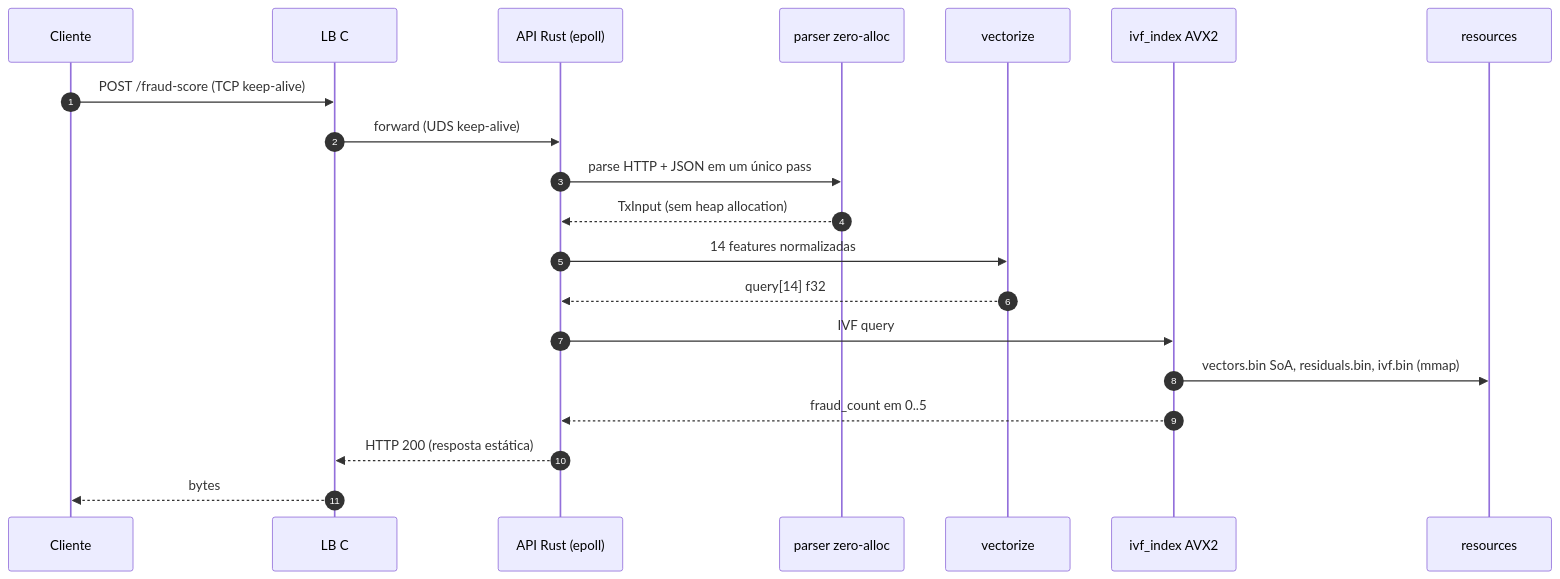
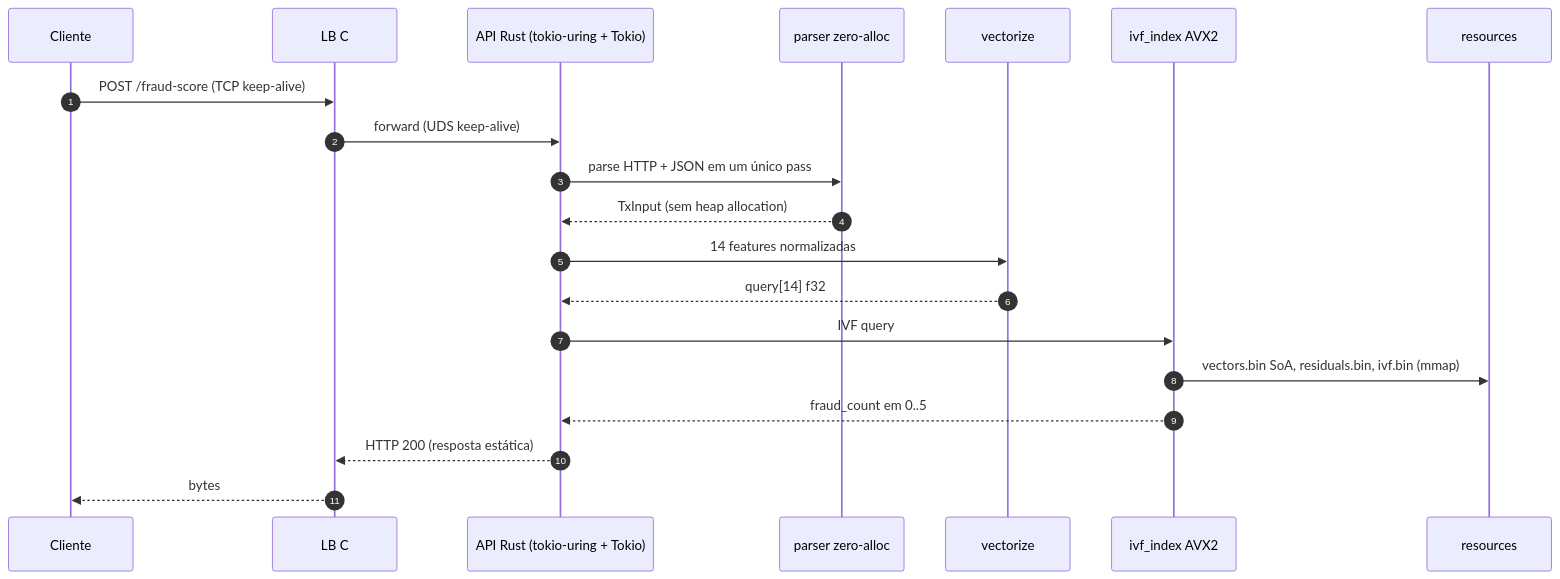
Before and after one commit to cleissonbarbosa/rinha-backend-2026-rust: the second of 3 diagrams in docs/tecnica.md, drawn with Mermaid. The commit also changed other lines of this file and 10 other files, not shown here.

First line of the commit message:
feat: integrate tokio-uring for improved async I/O performance

````diff
--- a/docs/tecnica.md
+++ b/docs/tecnica.md
@@ -20,23 +20,23 @@
 ```mermaid
 sequenceDiagram
   autonumber
   participant C as Cliente
   participant L as LB C
-  participant A as API Rust (epoll)
+  participant A as API Rust (tokio-uring + Tokio)
   participant P as parser zero-alloc
   participant V as vectorize
   participant I as ivf_index AVX2
   participant D as resources
 
   C->>L: POST /fraud-score (TCP keep-alive)
   L->>A: forward (UDS keep-alive)
   A->>P: parse HTTP + JSON em um único pass
   P-->>A: TxInput (sem heap allocation)
   A->>V: 14 features normalizadas
   V-->>A: query[14] f32
   A->>I: IVF query
   I->>D: vectors.bin SoA, residuals.bin, ivf.bin (mmap)
   I-->>A: fraud_count em 0..5
   A-->>L: HTTP 200 (resposta estática)
   L-->>C: bytes
 ```
````
